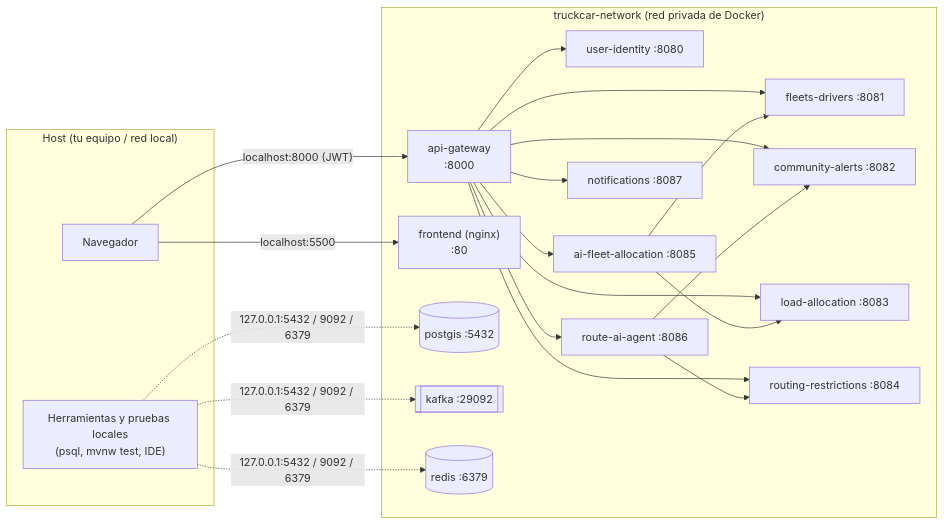
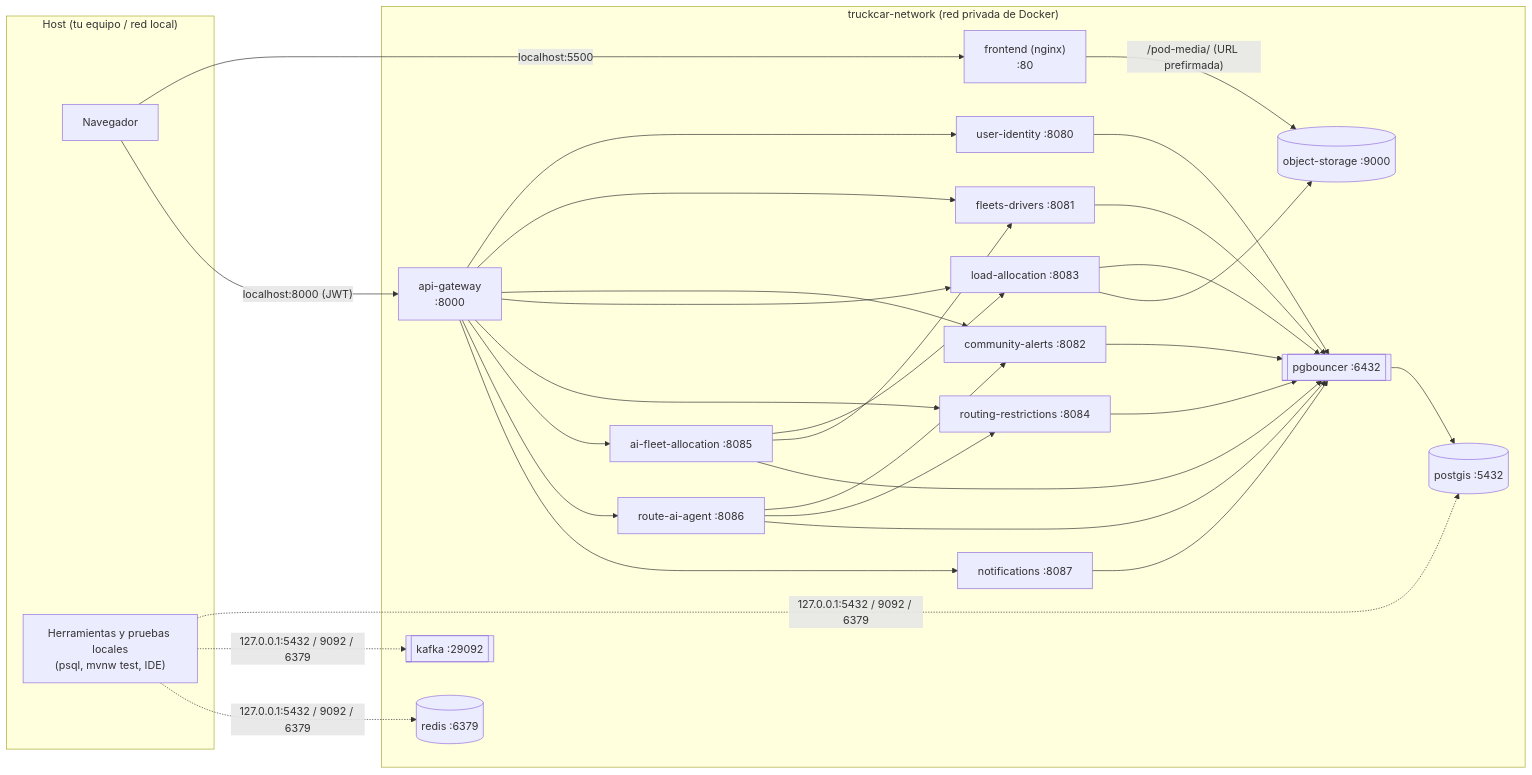
The diagram in README.md (TRUCKCAR-APP/Deployment-Infrastructure), drawn with Mermaid before and after one commit. The commit also changed other lines of this file and 5 other files, not shown here.

First line of the commit message:
feat(infra): add pgbouncer, dedicated schemas per service and object storage

````diff
--- a/README.md
+++ b/README.md
@@ -9,30 +9,35 @@
 ```mermaid
 flowchart LR
     subgraph host["Host (tu equipo / red local)"]
         browser["Navegador"]
         tools["Herramientas y pruebas locales<br/>(psql, mvnw test, IDE)"]
     end
 
     subgraph net["truckcar-network (red privada de Docker)"]
         gw["api-gateway<br/>:8000"]
         fe["frontend (nginx)<br/>:80"]
         ui["user-identity :8080"]
         fd["fleets-drivers :8081"]
         ca["community-alerts :8082"]
         la["load-allocation :8083"]
         rr["routing-restrictions :8084"]
         ai["ai-fleet-allocation :8085"]
         ra["route-ai-agent :8086"]
         nt["notifications :8087"]
+        pb[["pgbouncer :6432"]]
         pg[("postgis :5432")]
         kf[["kafka :29092"]]
         rd[("redis :6379")]
+        s3[("object-storage :9000")]
     end
 
     browser -- "localhost:5500" --> fe
     browser -- "localhost:8000 (JWT)" --> gw
     gw --> ui & fd & ca & la & rr & ai & ra & nt
     ai --> la & fd
     ra --> ca & rr
+    ui & fd & ca & la & rr & ai & ra & nt --> pb --> pg
+    fe -- "/pod-media/ (URL prefirmada)" --> s3
+    la --> s3
     tools -. "127.0.0.1:5432 / 9092 / 6379" .-> pg & kf & rd
 ```
````
